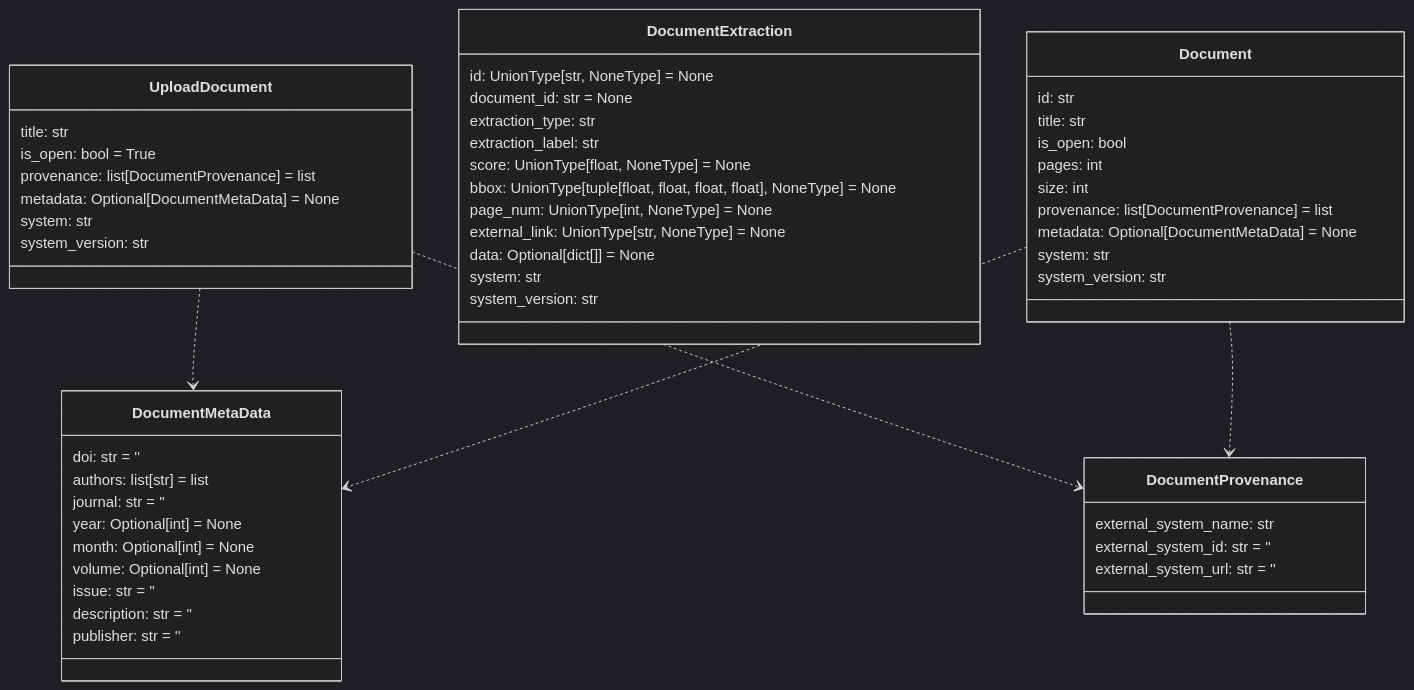
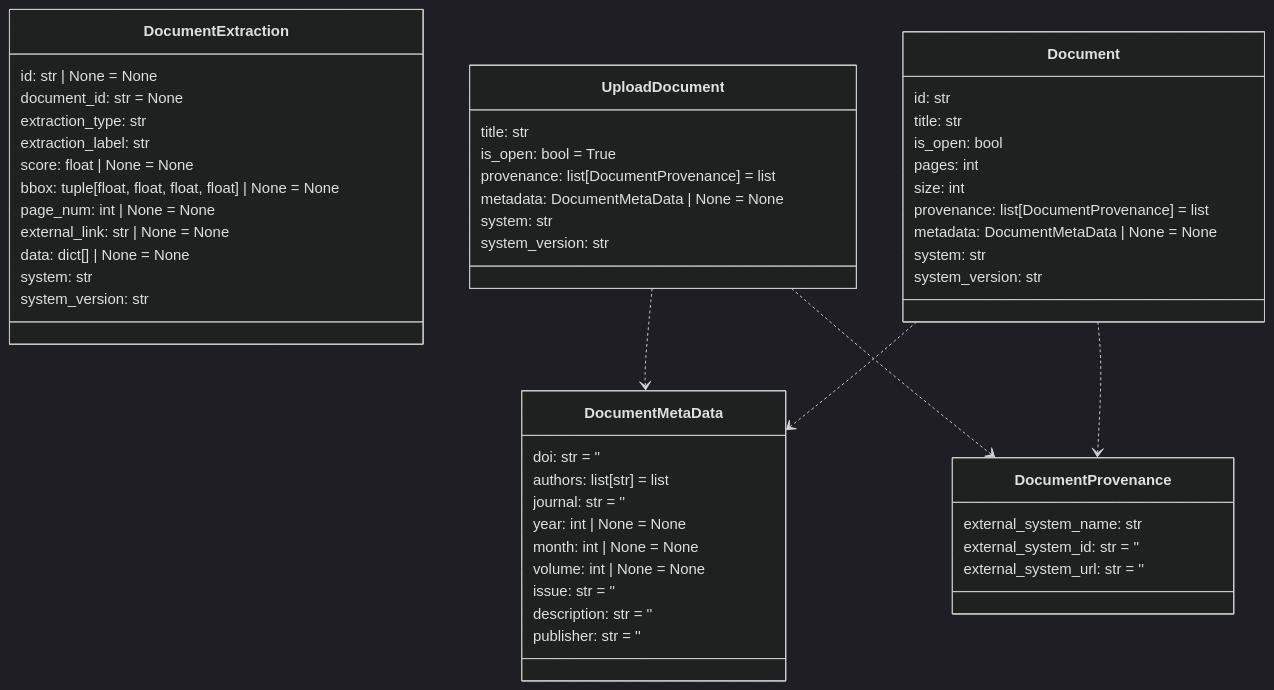
Before and after one commit to DARPA-CRITICALMAAS/cdr_schemas: the ninth of 14 diagrams in README.md, drawn with Mermaid (dark theme). The commit also changed other lines of this file and 4 other files, not shown here.

````diff
--- a/README.md
+++ b/README.md
@@ -694,63 +694,63 @@
 ```mermaid
 classDiagram
 
-    class DocumentMetaData {
-        doi: str = ''
-        authors: list[str] = list
-        journal: str = ''
-        year: Optional[int] = None
-        month: Optional[int] = None
-        volume: Optional[int] = None
-        issue: str = ''
-        description: str = ''
-        publisher: str = ''
-    }
-
-    class UploadDocument {
-        title: str
-        is_open: bool = True
-        provenance: list[DocumentProvenance] = list
-        metadata: Optional[DocumentMetaData] = None
+    class DocumentExtraction {
+        id: str | None = None
+        document_id: str = None
+        extraction_type: str
+        extraction_label: str
+        score: float | None = None
+        bbox: tuple[float, float, float, float] | None = None
+        page_num: int | None = None
+        external_link: str | None = None
+        data: dict[] | None = None
         system: str
         system_version: str
     }
 
-    class DocumentExtraction {
-        id: UnionType[str, NoneType] = None
-        document_id: str = None
-        extraction_type: str
-        extraction_label: str
-        score: UnionType[float, NoneType] = None
-        bbox: UnionType[tuple[float, float, float, float], NoneType] = None
-        page_num: UnionType[int, NoneType] = None
-        external_link: UnionType[str, NoneType] = None
-        data: Optional[dict[]] = None
+    class Document {
+        id: str
+        title: str
+        is_open: bool
+        pages: int
+        size: int
+        provenance: list[DocumentProvenance] = list
+        metadata: DocumentMetaData | None = None
         system: str
         system_version: str
     }
 
     class DocumentProvenance {
         external_system_name: str
         external_system_id: str = ''
         external_system_url: str = ''
     }
 
-    class Document {
-        id: str
+    class UploadDocument {
         title: str
-        is_open: bool
-        pages: int
-        size: int
+        is_open: bool = True
         provenance: list[DocumentProvenance] = list
-        metadata: Optional[DocumentMetaData] = None
+        metadata: DocumentMetaData | None = None
         system: str
         system_version: str
+    }
+
+    class DocumentMetaData {
+        doi: str = ''
+        authors: list[str] = list
+        journal: str = ''
+        year: int | None = None
+        month: int | None = None
+        volume: int | None = None
+        issue: str = ''
+        description: str = ''
+        publisher: str = ''
     }
 
     UploadDocument ..> DocumentMetaData
     UploadDocument ..> DocumentProvenance
     Document ..> DocumentMetaData
     Document ..> DocumentProvenance
 
 
 ```
````
